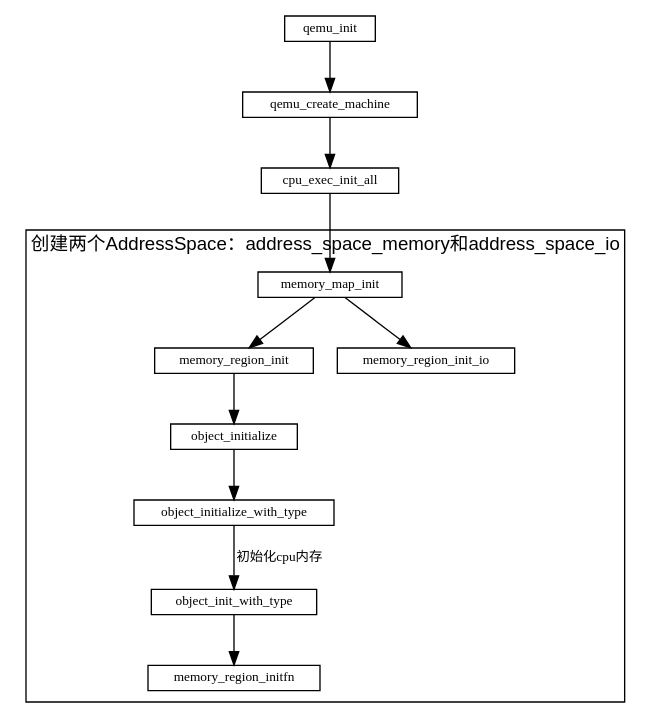
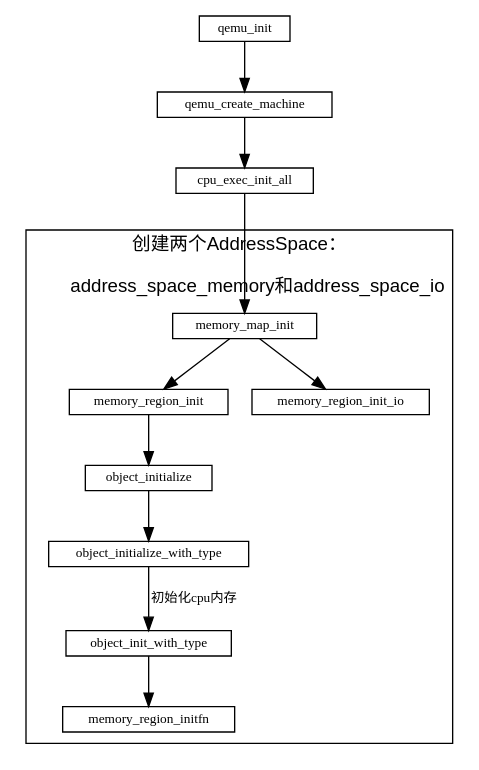
One commit to sisyphus1212/note changed the diagram in qemu/qemu-kvm内存虚拟化.md. Above: the diagram before and after it, drawn with Graphviz.

Commit message:
auto_update

````diff
--- a/qemu/qemu-kvm内存虚拟化.md
+++ b/qemu/qemu-kvm内存虚拟化.md
@@ -10,28 +10,29 @@
 ```graphviz
 digraph {
     fontname="Helvetica,Arial,sans-serif"
     //node [fontname="Helvetica,Arial,sans-serif"]
     //edge [fontname="Helvetica,Arial,sans-serif"]
     //rankdir="LR"
     node [fontsize=10, shape=record, height=0.25]
     edge [fontsize=10]
     subgraph memory_map_init {
-        label="创建两个AddressSpace：address_space_memory和address_space_io";
+        label="创建两个AddressSpace：\n
+        address_space_memory和address_space_io";
         cluster=true;
         memory_map_init
                 -> memory_region_init
                 -> object_initialize
                 -> object_initialize_with_type
                 object_initialize_with_type
                 -> object_init_with_type[label="初始化cpu内存"]
                 object_init_with_type
                 -> memory_region_initfn
               memory_map_init
                 -> memory_region_init_io
     }
 
     qemu_init -> qemu_create_machine
               -> cpu_exec_init_all
               -> memory_map_init
 }
 ```
````
